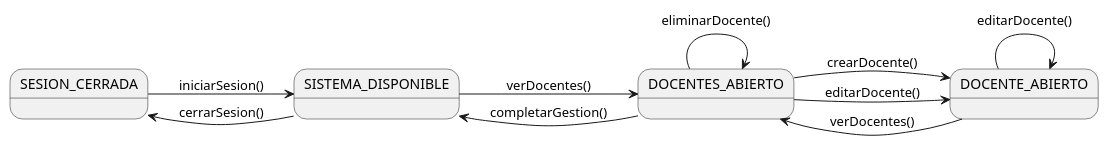
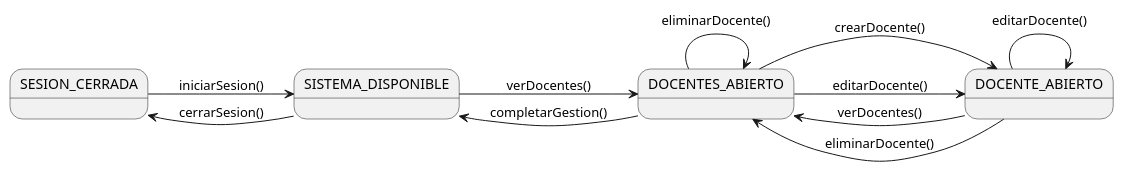
The diagram in documents/casos-de-uso/diagramasDeContexto/diagramaDeContextoAdministradorInstitucional/diagramaContexto.puml (martinlopez7/25-26-IdSw1-SdR), drawn with PlantUML before and after one commit. The commit also changed 6 other files, not shown here.

```diff
--- a/documents/casos-de-uso/diagramasDeContexto/diagramaDeContextoAdministradorInstitucional/diagramaContexto.puml
+++ b/documents/casos-de-uso/diagramasDeContexto/diagramaDeContextoAdministradorInstitucional/diagramaContexto.puml
@@ -1,28 +1,29 @@
 @startuml
 
 left to right direction
 
 'Estados'
 
 state "SESION_CERRADA" as NoAuth
 state "SISTEMA_DISPONIBLE" as Menu
 
 state "DOCENTES_ABIERTO" as ListDocentes
 state "DOCENTE_ABIERTO" as EditDocentes
 
 'Modulo sesion'
 
 NoAuth --> Menu : iniciarSesion()
 Menu --> NoAuth : cerrarSesion()
 
 'Modulo profesores'
 
 Menu --> ListDocentes: verDocentes()
 ListDocentes --> EditDocentes: crearDocente()
 ListDocentes --> EditDocentes: editarDocente()
 ListDocentes --> ListDocentes: eliminarDocente()
 EditDocentes --> EditDocentes: editarDocente()
 EditDocentes --> ListDocentes: verDocentes()
+EditDocentes --> ListDocentes: eliminarDocente()
 ListDocentes --> Menu: completarGestion()
 
 @enduml
```
